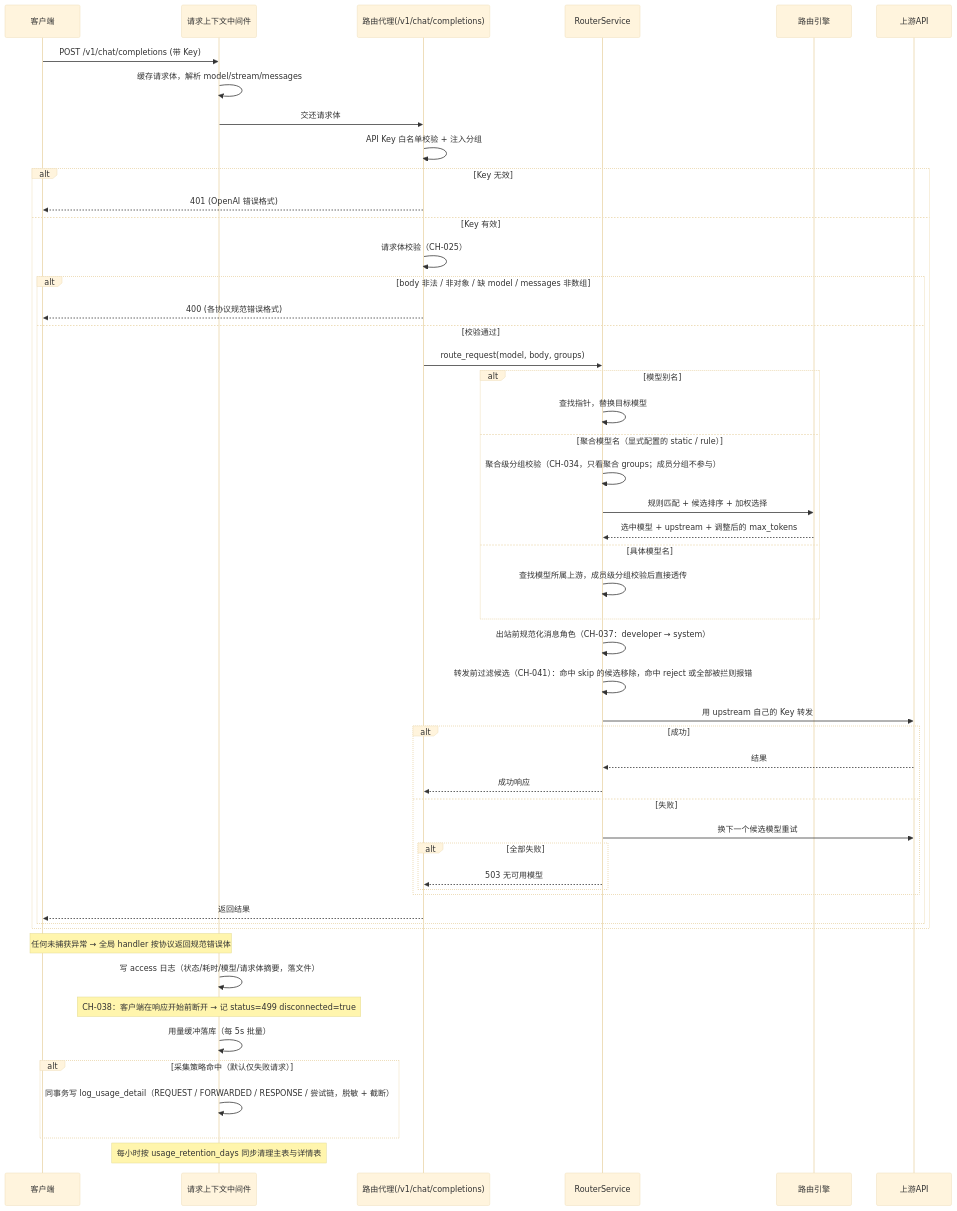
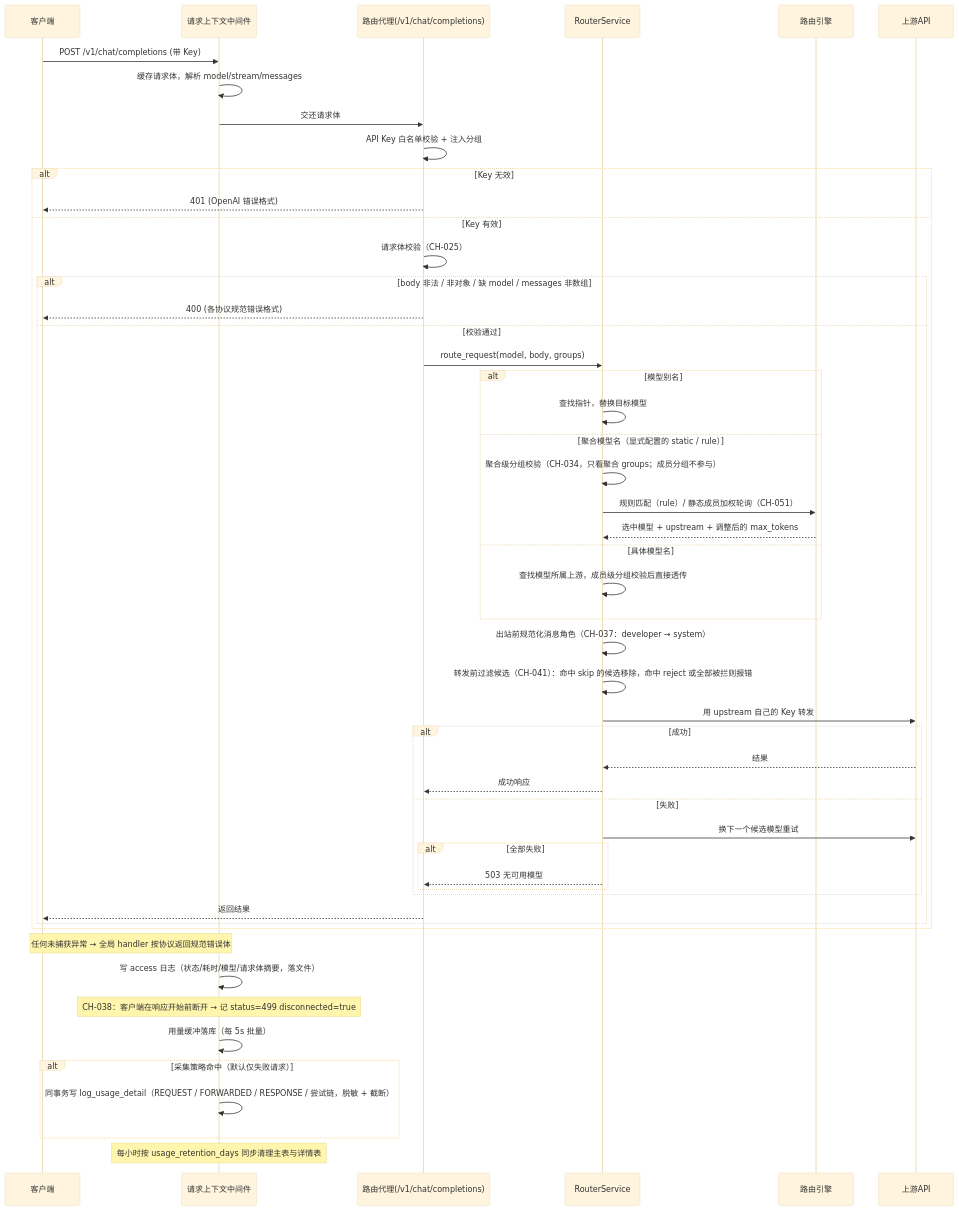
The first of 5 diagrams in docs/系统核心流程.md (66wjz/smart_router), drawn with Mermaid (base theme) before and after one commit. The commit also changed other lines of this file and 34 other files, not shown here.

````diff
--- a/docs/系统核心流程.md
+++ b/docs/系统核心流程.md
@@ -28,54 +28,54 @@
 ```mermaid
 sequenceDiagram
     participant C as 客户端
     participant L as 请求上下文中间件
     participant R as 路由代理(/v1/chat/completions)
     participant S as RouterService
     participant E as 路由引擎
     participant U as 上游API
 
     C->>L: POST /v1/chat/completions (带 Key)
     L->>L: 缓存请求体，解析 model/stream/messages
     L->>R: 交还请求体
     R->>R: API Key 白名单校验 + 注入分组
     alt Key 无效
         R-->>C: 401 (OpenAI 错误格式)
     else Key 有效
         R->>R: 请求体校验（CH-025）
         alt body 非法 / 非对象 / 缺 model / messages 非数组
             R-->>C: 400 (各协议规范错误格式)
         else 校验通过
             R->>S: route_request(model, body, groups)
             alt 模型别名
                 S->>S: 查找指针，替换目标模型
             else 聚合模型名（显式配置的 static / rule）
                 S->>S: 聚合级分组校验（CH-034，只看聚合 groups；成员分组不参与）
-                S->>E: 规则匹配 + 候选排序 + 加权选择
+                S->>E: 规则匹配（rule）/ 静态成员加权轮询（CH-051）
                 E-->>S: 选中模型 + upstream + 调整后的 max_tokens
             else 具体模型名
                 S->>S: 查找模型所属上游，成员级分组校验后直接透传
             end
             S->>S: 出站前规范化消息角色（CH-037：developer → system）
             S->>S: 转发前过滤候选（CH-041）：命中 skip 的候选移除，命中 reject 或全部被拦则报错
             S->>U: 用 upstream 自己的 Key 转发
             alt 成功
                 U-->>S: 结果
                 S-->>R: 成功响应
             else 失败
                 S->>U: 换下一个候选模型重试
                 alt 全部失败
                     S-->>R: 503 无可用模型
                 end
             end
             R-->>C: 返回结果
         end
     end
     Note over L,C: 任何未捕获异常 → 全局 handler 按协议返回规范错误体
     L->>L: 写 access 日志（状态/耗时/模型/请求体摘要，落文件）
     Note over L: CH-038：客户端在响应开始前断开 → 记 status=499 disconnected=true
     L->>L: 用量缓冲落库（每 5s 批量）
     alt 采集策略命中（默认仅失败请求）
         L->>L: 同事务写 log_usage_detail（REQUEST / FORWARDED / RESPONSE / 尝试链，脱敏 + 截断）
     end
     Note over L: 每小时按 usage_retention_days 同步清理主表与详情表
 ```
````
